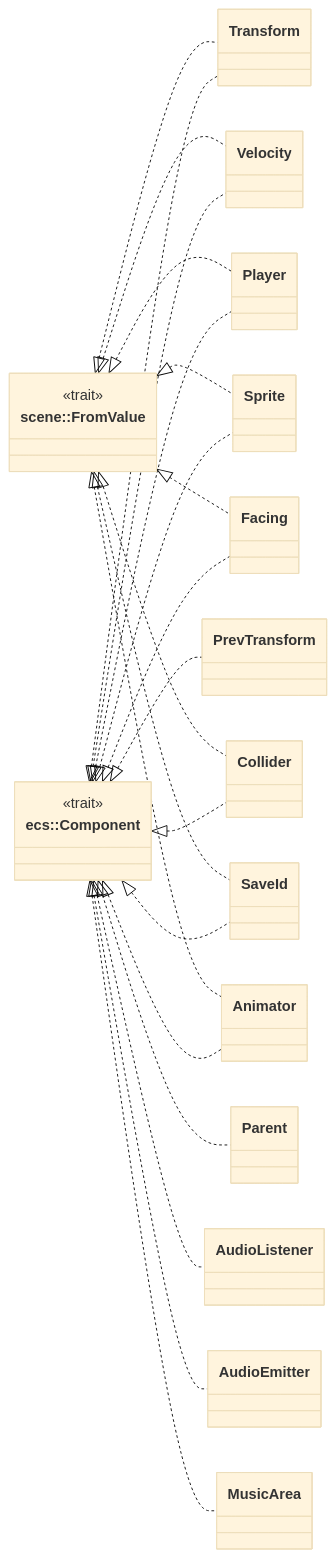
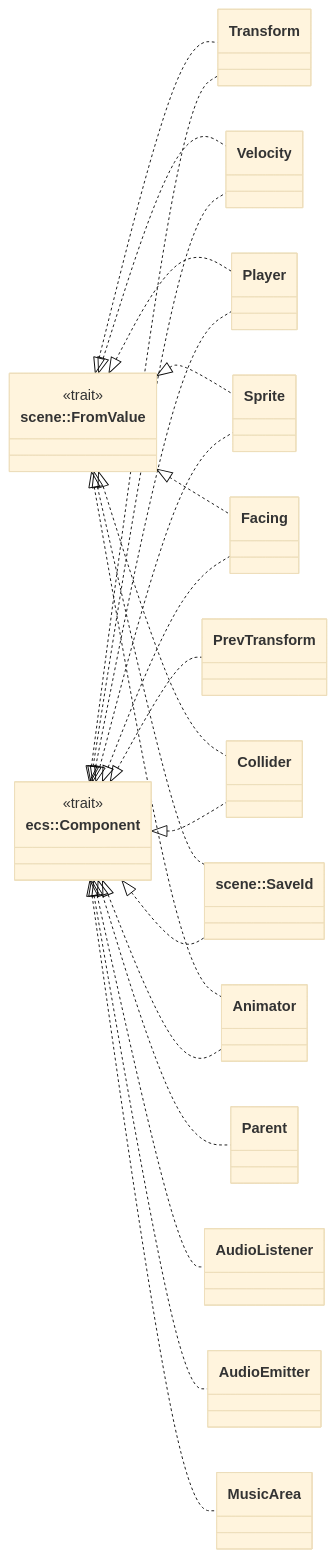
Diagram 33 of 36 in diagrams/class-diagram.md (jabbott-iii/Nadir), drawn with Mermaid (base theme) before and after one commit. The commit also changed other lines of this file and 103 other files, not shown here.

````diff
--- a/diagrams/class-diagram.md
+++ b/diagrams/class-diagram.md
@@ -2435,44 +2578,44 @@
 ```mermaid
 classDiagram
     direction LR
     class Component["ecs::Component"] {
         <<trait>>
     }
     class FromValue["scene::FromValue"] {
         <<trait>>
     }
     class Transform
     class PrevTransform
     class Velocity
     class Sprite
     class Collider
     class Player
     class Facing
     class Parent
-    class SaveId
+    class SaveId["scene::SaveId"]
     class Animator
     class AudioListener
     class AudioEmitter
     class MusicArea
     Component <|.. Transform
     Component <|.. PrevTransform
     Component <|.. Velocity
     Component <|.. Sprite
     Component <|.. Collider
     Component <|.. Player
     Component <|.. Facing
     Component <|.. Parent
     Component <|.. SaveId
     Component <|.. Animator
     Component <|.. AudioListener
     Component <|.. AudioEmitter
     Component <|.. MusicArea
     FromValue <|.. Transform
     FromValue <|.. Velocity
     FromValue <|.. Player
     FromValue <|.. Facing
     FromValue <|.. SaveId
     FromValue <|.. Sprite
     FromValue <|.. Collider
     FromValue <|.. Animator
 ```
````
